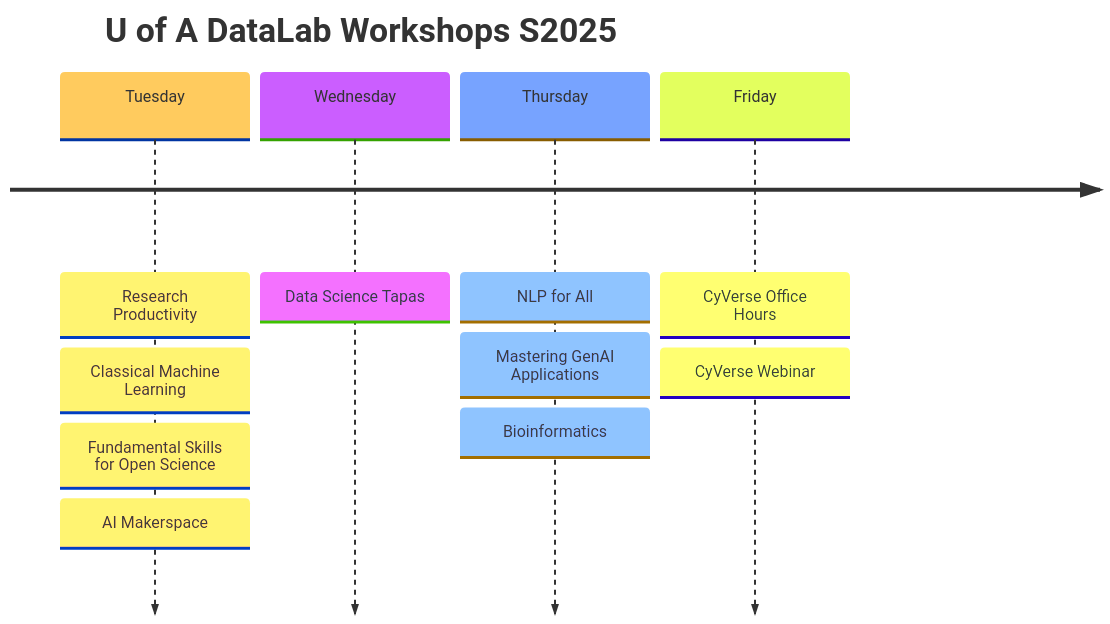
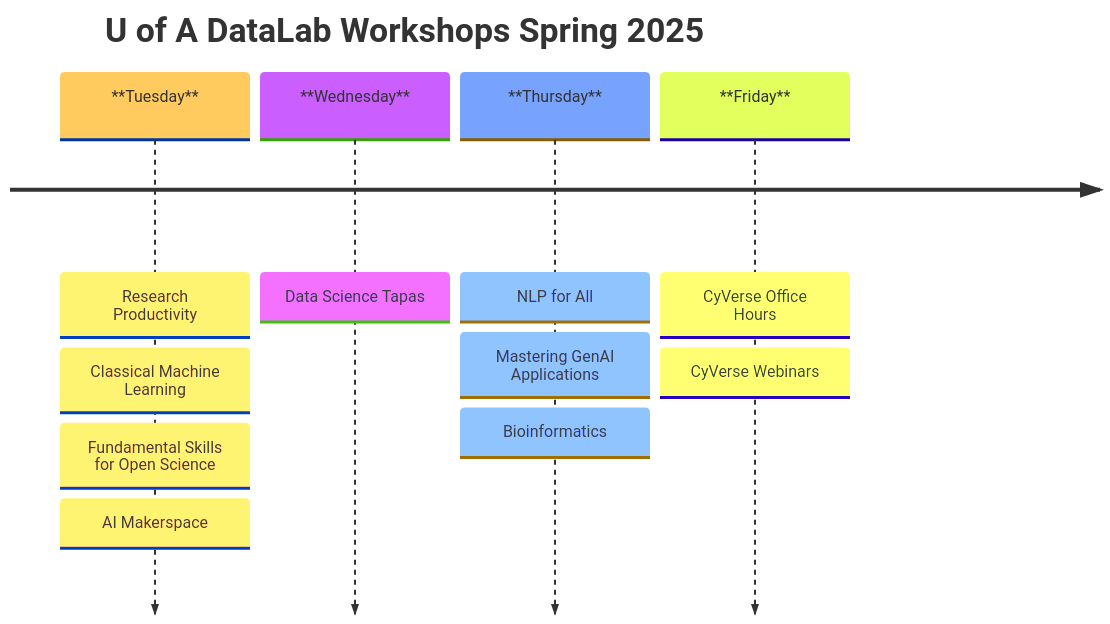
One commit to ua-datalab/ua-datalab.github.io changed the diagram in docs/index.md. Above: the diagram before and after it, drawn with Mermaid.

````diff
--- a/docs/index.md
+++ b/docs/index.md
@@ -29,15 +29,15 @@
 ```mermaid
 %%{init: { 'logLevel': 'debug', 'theme': 'base' } }%%
 timeline
-    title U of A DataLab Workshops S2025
-    Tuesday : Research Productivity
+    title U of A DataLab Workshops Spring 2025
+    **Tuesday** : Research Productivity
     	    : Classical Machine Learning
 	    : Fundamental Skills for Open Science
 	    : AI Makerspace 
-    Wednesday : Data Science Tapas
-    Thursday : NLP for All
+    **Wednesday** : Data Science Tapas
+    **Thursday** : NLP for All
     	     : Mastering GenAI Applications
     	     : Bioinformatics
-    Friday : CyVerse Office Hours
-    	   : CyVerse Webinar
+    **Friday** : CyVerse Office Hours
+    	   : CyVerse Webinars
 ```
````
